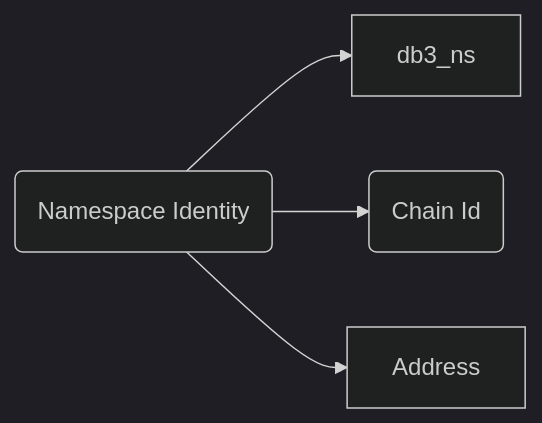
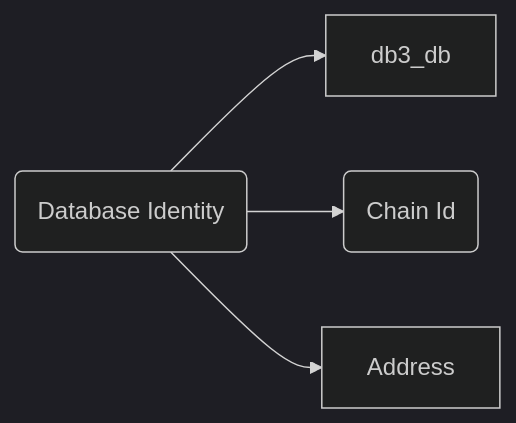
Before and after one commit to dbpunk-labs/DIPs: the fourth of 4 diagrams in dips/dip-000.md, drawn with Mermaid (dark theme). The commit also changed other lines of this file and 1 other file, not shown here.

````diff
--- a/dips/dip-000.md
+++ b/dips/dip-000.md
@@ -51,6 +51,6 @@
 ```mermaid
 flowchart LR
-    nid(Namespace Identity) --> db3_ns
+    nid(Database Identity) --> db3_db
     nid --> ci(Chain Id)
     nid --> Address
 ```
````
